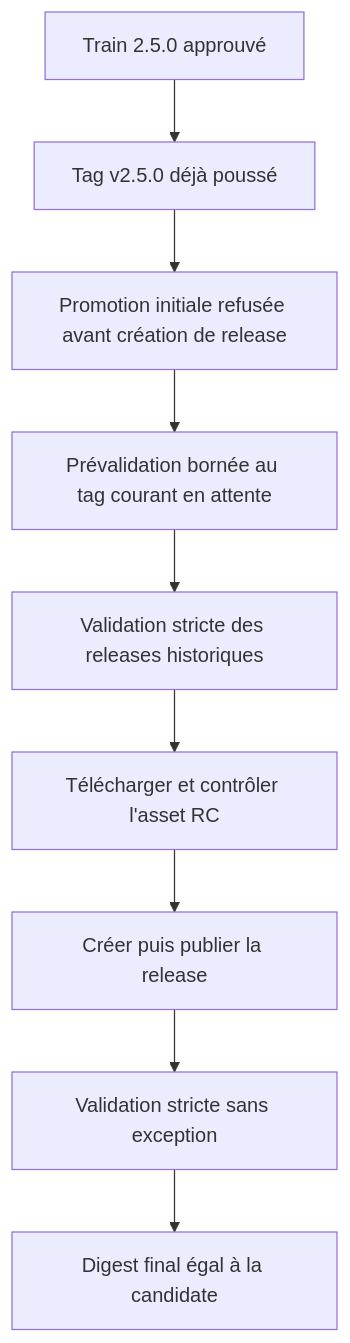
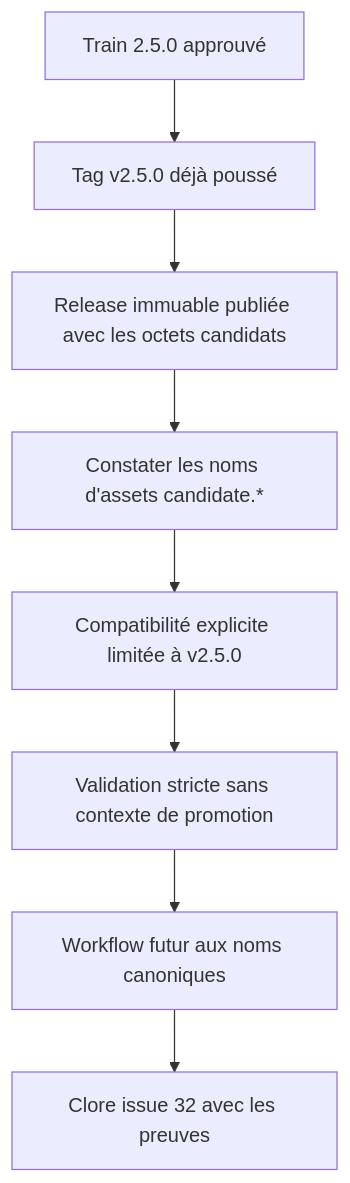
Before and after one commit to RebelliousSmile/schema-adrenaline: the first of 2 diagrams in aidd_docs/tasks/2026_09/2026_09_24_promote-schema-adrenaline-2-5-0/phase-3.md, drawn with Mermaid. The commit also changed other lines of this file and 3 other files, not shown here.

Commit message:
fix(release): preserve immutable v2.5.0 assets

````diff
--- a/aidd_docs/tasks/2026_09/2026_09_24_promote-schema-adrenaline-2-5-0/phase-3.md
+++ b/aidd_docs/tasks/2026_09/2026_09_24_promote-schema-adrenaline-2-5-0/phase-3.md
@@ -21,11 +21,10 @@
 ```mermaid
 flowchart TD
   A[Train 2.5.0 approuvé] --> B[Tag v2.5.0 déjà poussé]
-  B --> C[Promotion initiale refusée avant création de release]
-  C --> D[Prévalidation bornée au tag courant en attente]
-  D --> E[Validation stricte des releases historiques]
-  E --> F[Télécharger et contrôler l'asset RC]
-  F --> G[Créer puis publier la release]
-  G --> H[Validation stricte sans exception]
-  H --> I[Digest final égal à la candidate]
+  B --> C[Release immuable publiée avec les octets candidats]
+  C --> D[Constater les noms d'assets candidate.*]
+  D --> E[Compatibilité explicite limitée à v2.5.0]
+  E --> F[Validation stricte sans contexte de promotion]
+  F --> G[Workflow futur aux noms canoniques]
+  G --> H[Clore issue 32 avec les preuves]
 ```
````
